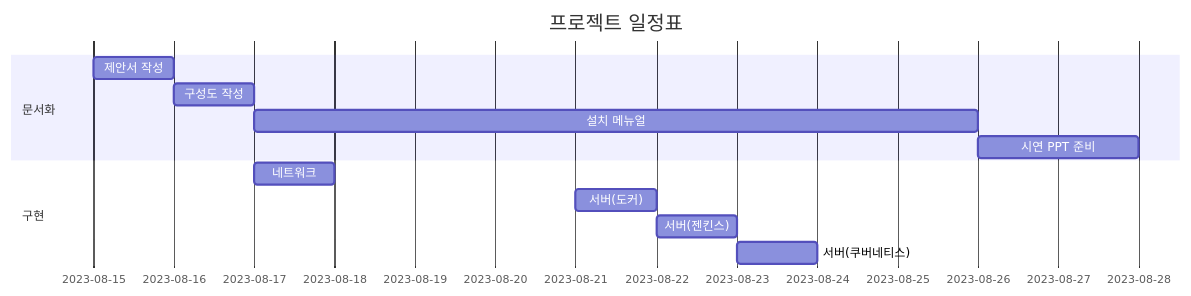
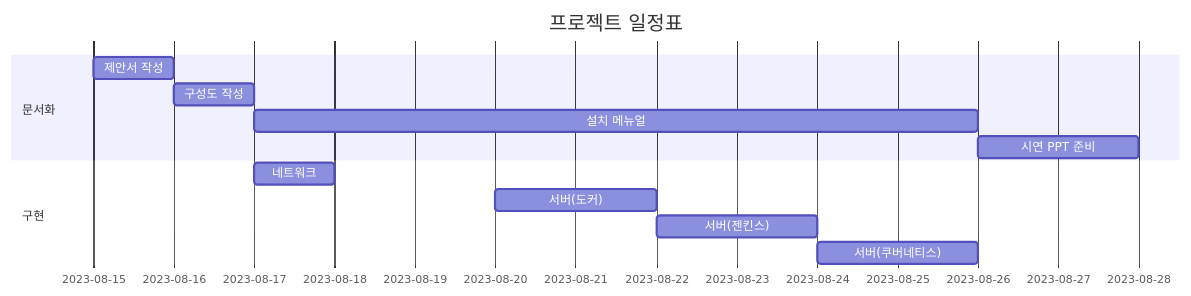
One commit to KimJeongHoon190/First_Project changed the diagram in README.md. Above: the diagram before and after it, drawn with Mermaid.

Commit message:
수정

````diff
--- a/README.md
+++ b/README.md
@@ -4,16 +4,16 @@
 ```mermaid
 gantt
     title 프로젝트 일정표
     dateFormat  YYYY-MM-DD
     section 문서화
     제안서 작성  : a1, 2023-08-15, 1d
     구성도 작성  : after a1, 1d
     설치 메뉴얼 : after a1, 2023-08-17, 9d
     시연 PPT 준비 : after a1, 2023-08-26, 2d
 
     section 구현
     네트워크     : b1, 2023-08-17, 1d
-    서버(도커) : b2, 2023-08-21, 1d
-    서버(젠킨스) :after b2 , 1d
-    서버(쿠버네티스) : after b2, 2023-08-23, 1d
+    서버(도커) : b2, 2023-08-20, 2d
+    서버(젠킨스) :after b2 , 2d
+    서버(쿠버네티스) : after b2, 2023-08-24, 2d
 ```
````
